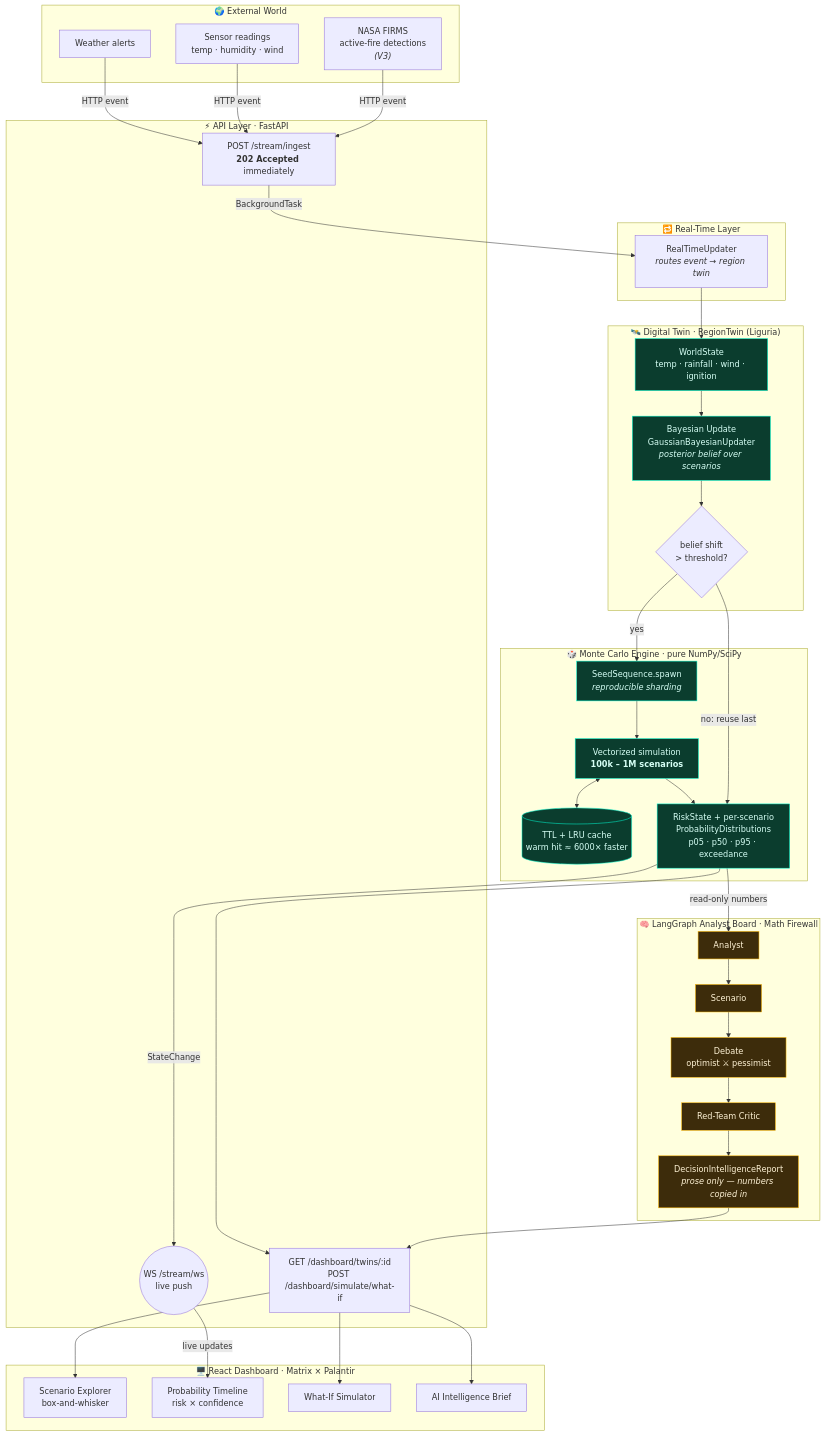
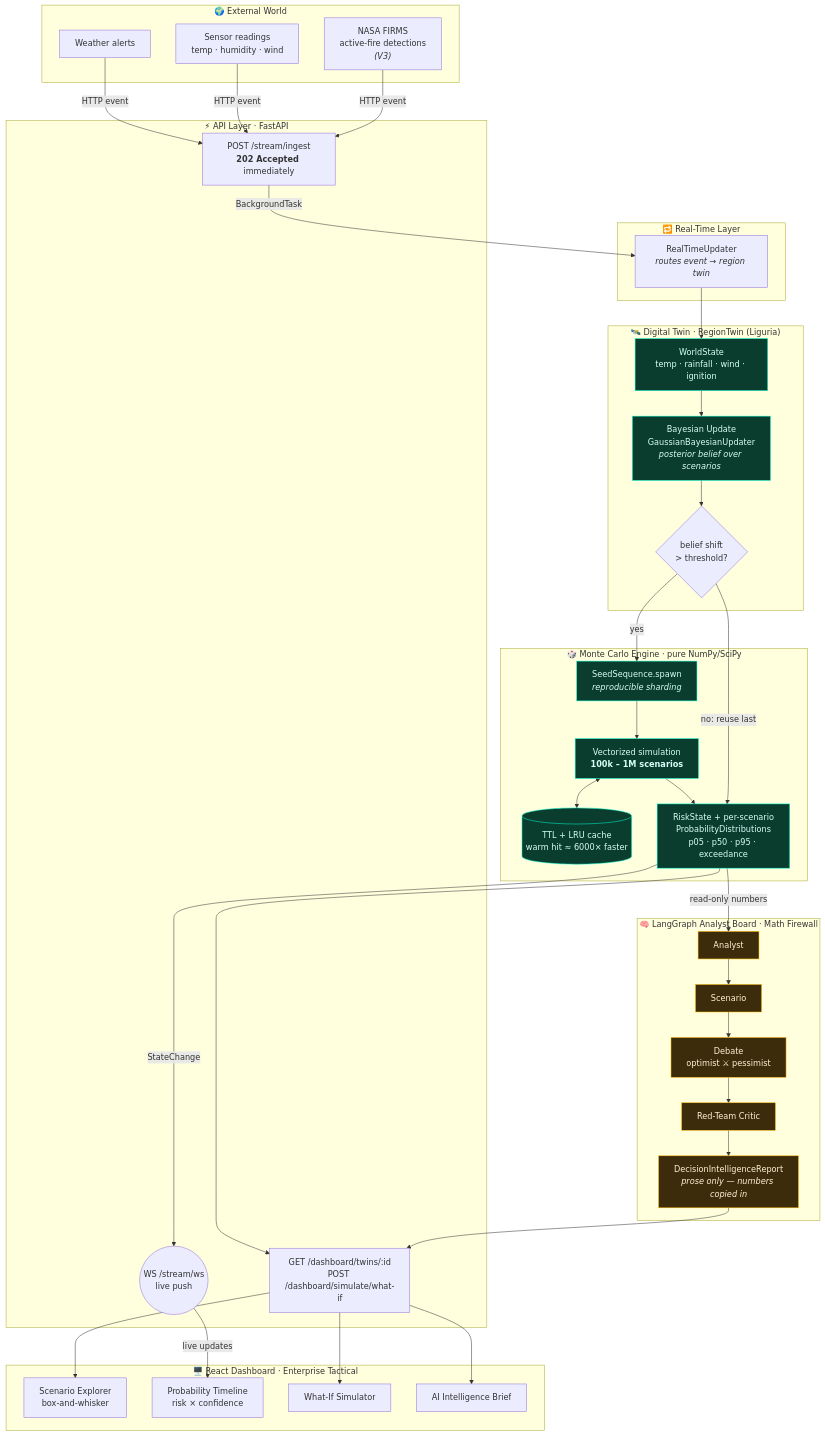
One commit to niccolopa/VECTIS-AI changed the first of 2 diagrams in docs/v2_architecture.md. Above: the diagram before and after it, drawn with Mermaid. The commit also changed 8 other files, not shown here.

````diff
--- a/docs/v2_architecture.md
+++ b/docs/v2_architecture.md
@@ -15,65 +15,65 @@
 ```mermaid
 flowchart TD
     subgraph EXT["🌍 External World"]
         FIRMS["NASA FIRMS<br/>active-fire detections<br/><i>(V3)</i>"]
         SENSOR["Sensor readings<br/>temp · humidity · wind"]
         ALERT["Weather alerts"]
     end
 
     subgraph API["⚡ API Layer · FastAPI"]
         INGEST["POST /stream/ingest<br/><b>202 Accepted</b> immediately"]
         DASH["GET /dashboard/twins/:id<br/>POST /dashboard/simulate/what-if"]
         WS(("WS /stream/ws<br/>live push"))
     end
 
     subgraph RT["🔁 Real-Time Layer"]
         UPDATER["RealTimeUpdater<br/><i>routes event → region twin</i>"]
     end
 
     subgraph TWIN["🛰️ Digital Twin · RegionTwin (Liguria)"]
         STATE["WorldState<br/>temp · rainfall · wind · ignition"]
         BAYES["Bayesian Update<br/>GaussianBayesianUpdater<br/><i>posterior belief over scenarios</i>"]
         GATE{"belief shift<br/>&gt; threshold?"}
     end
 
     subgraph ENGINE["🎲 Monte Carlo Engine · pure NumPy/SciPy"]
         SHARD["SeedSequence.spawn<br/><i>reproducible sharding</i>"]
         MC["Vectorized simulation<br/><b>100k – 1M scenarios</b>"]
         CACHE[("TTL + LRU cache<br/>warm hit ≈ 6000× faster")]
         RISK["RiskState + per-scenario<br/>ProbabilityDistributions<br/>p05 · p50 · p95 · exceedance"]
     end
 
     subgraph BOARD["🧠 LangGraph Analyst Board · Math Firewall"]
         ANALYST["Analyst"] --> SCEN["Scenario"]
         SCEN --> DEBATE["Debate<br/>optimist ⚔ pessimist"]
         DEBATE --> CRITIC["Red-Team Critic"]
         CRITIC --> REPORT["DecisionIntelligenceReport<br/><i>prose only — numbers copied in</i>"]
     end
 
-    subgraph UI["🖥️ React Dashboard · Matrix × Palantir"]
+    subgraph UI["🖥️ React Dashboard · Enterprise Tactical"]
         EXPLORER["Scenario Explorer<br/>box-and-whisker"]
         TIMELINE["Probability Timeline<br/>risk × confidence"]
         WHATIF["What-If Simulator"]
         BRIEF["AI Intelligence Brief"]
     end
 
     FIRMS & SENSOR & ALERT -->|HTTP event| INGEST
     INGEST -->|BackgroundTask| UPDATER
     UPDATER --> STATE --> BAYES --> GATE
     GATE -->|yes| SHARD
     GATE -->|no: reuse last| RISK
     SHARD --> MC
     MC <--> CACHE
     MC --> RISK
     RISK -->|StateChange| WS
     RISK -->|read-only numbers| ANALYST
     REPORT --> DASH
     RISK --> DASH
     DASH --> EXPLORER & WHATIF & BRIEF
     WS -->|live updates| TIMELINE
 
     classDef math fill:#0b3d2e,stroke:#00ffd5,color:#d6fff5;
     classDef llm fill:#3d2c0b,stroke:#ffb800,color:#fff3d6;
     class STATE,BAYES,SHARD,MC,CACHE,RISK math;
     class ANALYST,SCEN,DEBATE,CRITIC,REPORT llm;
 ```
````
